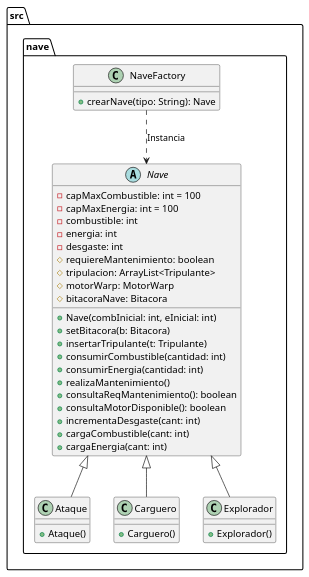
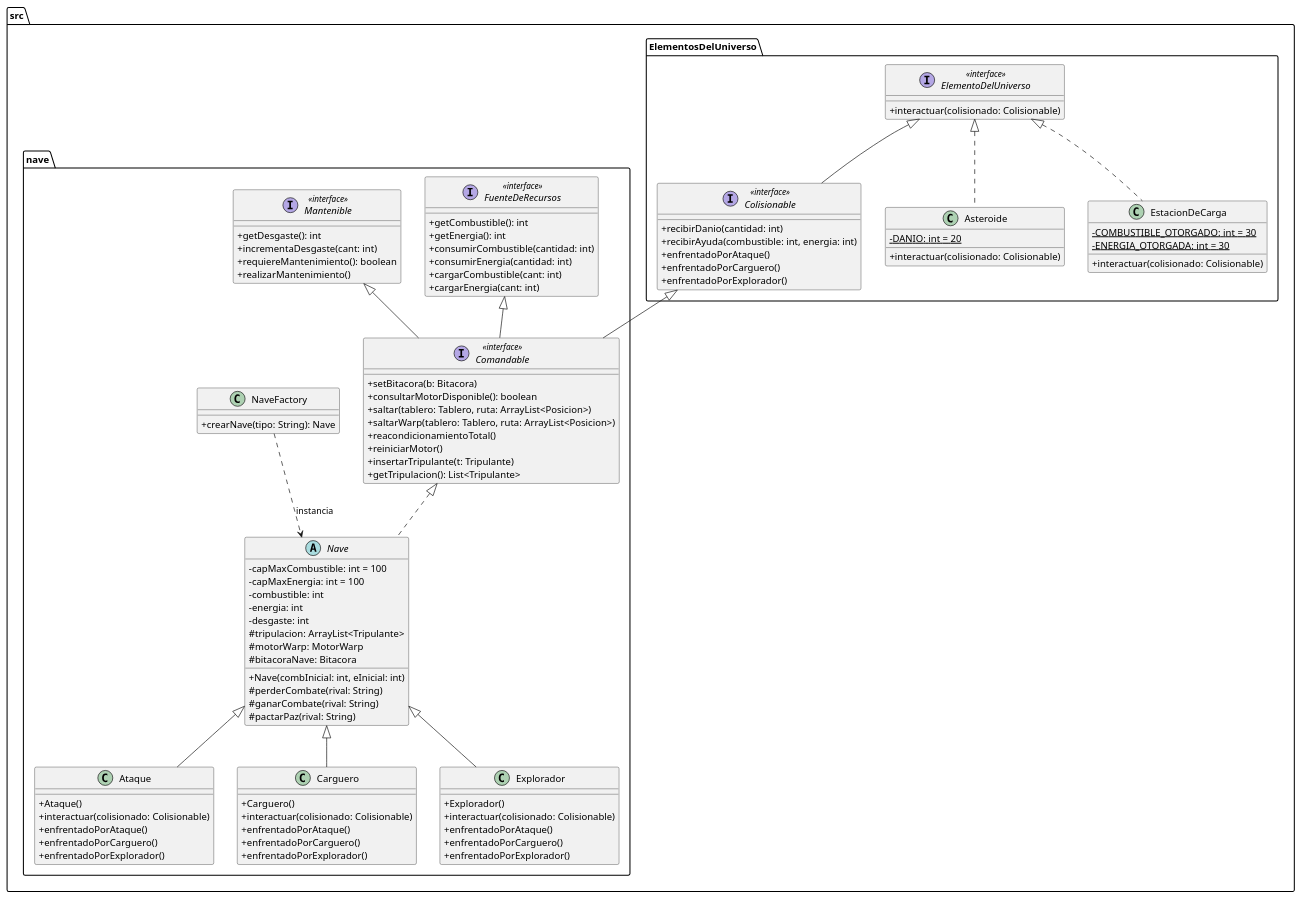
The diagram in TP/documentos/UMLs/NaveUml.puml (JoacoOlmos25/ProyectoProgra3-EmbarcadoDeNaveIntelestelar), drawn with PlantUML before and after one commit. The commit also changed 119 other files, not shown here.

```diff
--- a/TP/documentos/UMLs/NaveUml.puml
+++ b/TP/documentos/UMLs/NaveUml.puml
@@ -1,44 +1,95 @@
 @startuml
+skinparam classAttributeIconSize 0
+
+package src.ElementosDelUniverso {
+    interface ElementoDelUniverso <<interface>> {
+        + interactuar(colisionado: Colisionable)
+    }
+    interface Colisionable <<interface>> extends ElementoDelUniverso {
+        + recibirDanio(cantidad: int)
+        + recibirAyuda(combustible: int, energia: int)
+        + enfrentadoPorAtaque()
+        + enfrentadoPorCarguero()
+        + enfrentadoPorExplorador()
+    }
+    class Asteroide implements ElementoDelUniverso {
+        - {static} DANIO: int = 20
+        + interactuar(colisionado: Colisionable)
+    }
+    class EstacionDeCarga implements ElementoDelUniverso {
+        - {static} COMBUSTIBLE_OTORGADO: int = 30
+        - {static} ENERGIA_OTORGADA: int = 30
+        + interactuar(colisionado: Colisionable)
+    }
+}
+
 package src.nave {
-    abstract class Nave {
+    interface FuenteDeRecursos <<interface>> {
+        + getCombustible(): int
+        + getEnergia(): int
+        + consumirCombustible(cantidad: int)
+        + consumirEnergia(cantidad: int)
+        + cargarCombustible(cant: int)
+        + cargarEnergia(cant: int)
+    }
+    interface Mantenible <<interface>> {
+        + getDesgaste(): int
+        + incrementaDesgaste(cant: int)
+        + requiereMantenimiento(): boolean
+        + realizarMantenimiento()
+    }
+    interface Comandable <<interface>> extends FuenteDeRecursos, Mantenible, src.ElementosDelUniverso.Colisionable {
+        + setBitacora(b: Bitacora)
+        + consultarMotorDisponible(): boolean
+        + saltar(tablero: Tablero, ruta: ArrayList<Posicion>)
+        + saltarWarp(tablero: Tablero, ruta: ArrayList<Posicion>)
+        + reacondicionamientoTotal()
+        + reiniciarMotor()
+        + insertarTripulante(t: Tripulante)
+        + getTripulacion(): List<Tripulante>
+    }
+
+    abstract class Nave implements Comandable {
         - capMaxCombustible: int = 100
         - capMaxEnergia: int = 100
         - combustible: int
         - energia: int
         - desgaste: int
-        # requiereMantenimiento: boolean
         # tripulacion: ArrayList<Tripulante>
         # motorWarp: MotorWarp
         # bitacoraNave: Bitacora
         + Nave(combInicial: int, eInicial: int)
-        + setBitacora(b: Bitacora)
-        + insertarTripulante(t: Tripulante)
-        + consumirCombustible(cantidad: int)
-        + consumirEnergia(cantidad: int)
-        + realizaMantenimiento()
-        + consultaReqMantenimiento(): boolean
-        + consultaMotorDisponible(): boolean
-        + incrementaDesgaste(cant: int)
-        + cargaCombustible(cant: int)
-        + cargaEnergia(cant: int)
+        # perderCombate(rival: String)
+        # ganarCombate(rival: String)
+        # pactarPaz(rival: String)
     }
 
     class Ataque extends Nave {
         + Ataque()
+        + interactuar(colisionado: Colisionable)
+        + enfrentadoPorAtaque()
+        + enfrentadoPorCarguero()
+        + enfrentadoPorExplorador()
     }
-
     class Carguero extends Nave {
         + Carguero()
+        + interactuar(colisionado: Colisionable)
+        + enfrentadoPorAtaque()
+        + enfrentadoPorCarguero()
+        + enfrentadoPorExplorador()
     }
-
     class Explorador extends Nave {
         + Explorador()
+        + interactuar(colisionado: Colisionable)
+        + enfrentadoPorAtaque()
+        + enfrentadoPorCarguero()
+        + enfrentadoPorExplorador()
     }
 
     class NaveFactory {
         + crearNave(tipo: String): Nave
     }
 
-    NaveFactory ..> Nave : "Instancia"
+    NaveFactory ..> Nave : "instancia"
 }
 @enduml
```
